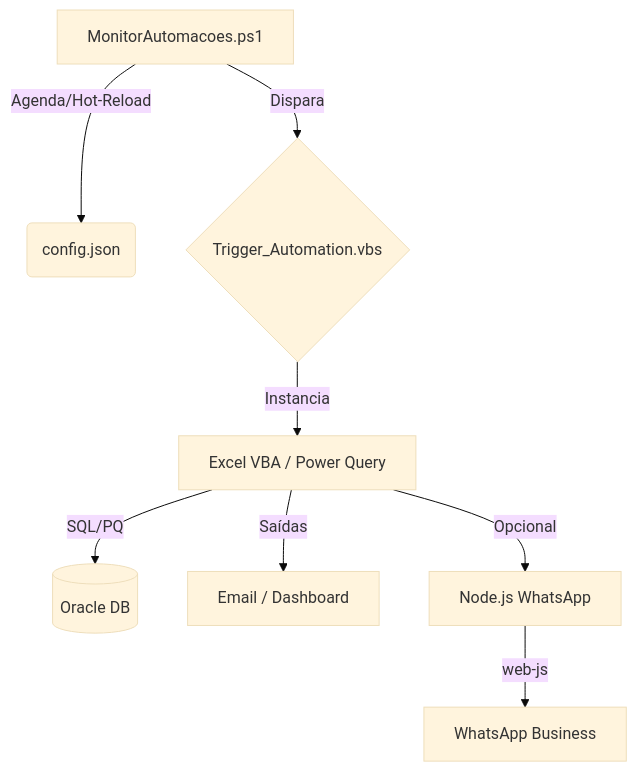
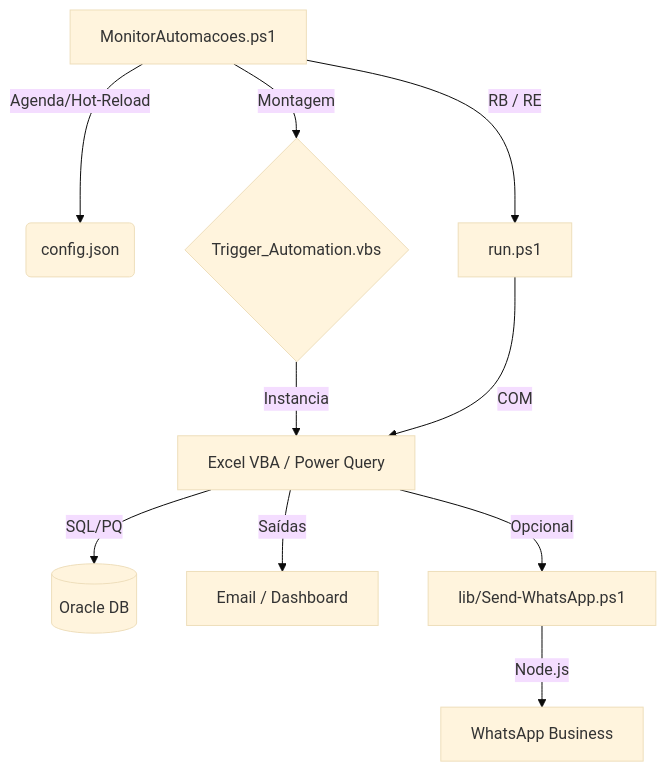
The diagram in README.md (GabrielDiasNN/Automacoes-CR), drawn with Mermaid (base theme) before and after one commit. The commit also changed other lines of this file and 6 other files, not shown here.

````diff
--- a/README.md
+++ b/README.md
@@ -7,10 +7,12 @@
 ```mermaid
 graph TD
     A[MonitorAutomacoes.ps1] -->|Agenda/Hot-Reload| B(config.json)
-    A -->|Dispara| C{Trigger_Automation.vbs}
+    A -->|Montagem| C{Trigger_Automation.vbs}
+    A -->|RB / RE| P[run.ps1]
     C -->|Instancia| D[Excel VBA / Power Query]
+    P -->|COM| D
     D -->|SQL/PQ| E[(Oracle DB)]
     D -->|Saídas| F[Email / Dashboard]
-    D -->|Opcional| G[Node.js WhatsApp]
-    G -->|web-js| H[WhatsApp Business]
+    D -->|Opcional| G[lib/Send-WhatsApp.ps1]
+    G -->|Node.js| H[WhatsApp Business]
 ```
````
